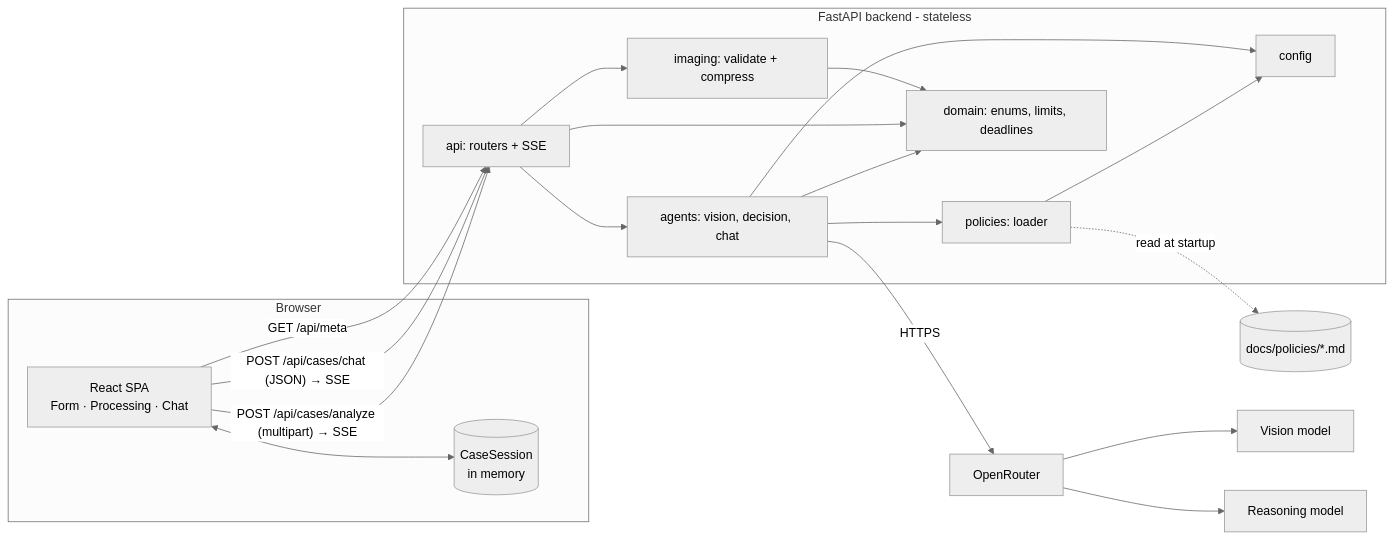
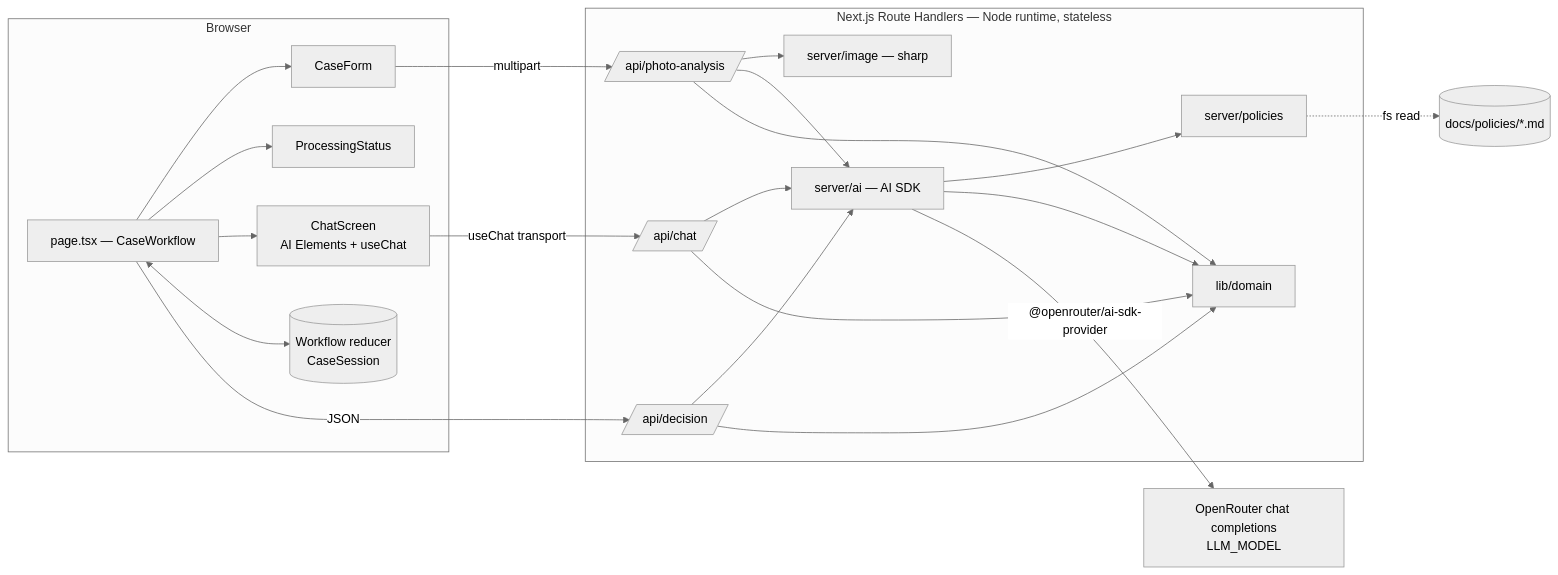
Before and after one commit to pawelpost4/sii-vibe-coding-2026-10: the first of 7 diagrams in docs/ADR/000-main-architecture.md, drawn with Mermaid (neutral theme). The commit also changed other lines of this file and 6 other files, not shown here.

First line of the commit message:
Docs: second ADR - replace FastAPI ADRs with Next.js + AI SDK architecture

````diff
--- a/docs/ADR/000-main-architecture.md
+++ b/docs/ADR/000-main-architecture.md
@@ -304,35 +275,35 @@
 ```mermaid
 flowchart LR
     subgraph Browser
-        UI[React SPA<br/>Form · Processing · Chat]
-        ST[(CaseSession<br/>in memory)]
-        UI <--> ST
+        PAGE[page.tsx — CaseWorkflow]
+        FORM[CaseForm]
+        PROC[ProcessingStatus]
+        CHAT[ChatScreen<br/>AI Elements + useChat]
+        STATE[(Workflow reducer<br/>CaseSession)]
+        PAGE --> FORM & PROC & CHAT
+        PAGE <--> STATE
     end
-    subgraph Backend[FastAPI backend - stateless]
-        API[api: routers + SSE]
-        IMG[imaging: validate + compress]
-        AG[agents: vision, decision, chat]
-        POL[policies: loader]
-        DOM[domain: enums, limits, deadlines]
-        CFG[config]
-        API --> IMG
-        API --> AG
-        AG --> POL
-        AG --> DOM
-        API --> DOM
-        IMG --> DOM
-        POL --> CFG
-        AG --> CFG
+    subgraph Next[Next.js Route Handlers — Node runtime, stateless]
+        PA[/api/photo-analysis/]
+        DE[/api/decision/]
+        CH[/api/chat/]
+        IMG[server/image — sharp]
+        AI[server/ai — AI SDK]
+        POL[server/policies]
+        DOM[lib/domain]
+        PA --> IMG
+        PA --> AI
+        DE --> AI
+        CH --> AI
+        AI --> POL
+        AI --> DOM
+        PA & DE & CH --> DOM
     end
     FILES[(docs/policies/*.md)]
-    OR[OpenRouter]
-    VM[Vision model]
-    RM[Reasoning model]
-    UI -- "POST /api/cases/analyze (multipart) → SSE" --> API
-    UI -- "POST /api/cases/chat (JSON) → SSE" --> API
-    UI -- "GET /api/meta" --> API
-    POL -. read at startup .-> FILES
-    AG -- HTTPS --> OR
-    OR --> VM
-    OR --> RM
+    OR[OpenRouter chat completions<br/>LLM_MODEL]
+    FORM -- multipart --> PA
+    PAGE -- JSON --> DE
+    CHAT -- useChat transport --> CH
+    POL -. fs read .-> FILES
+    AI -- "@openrouter/ai-sdk-provider" --> OR
 ```
````
